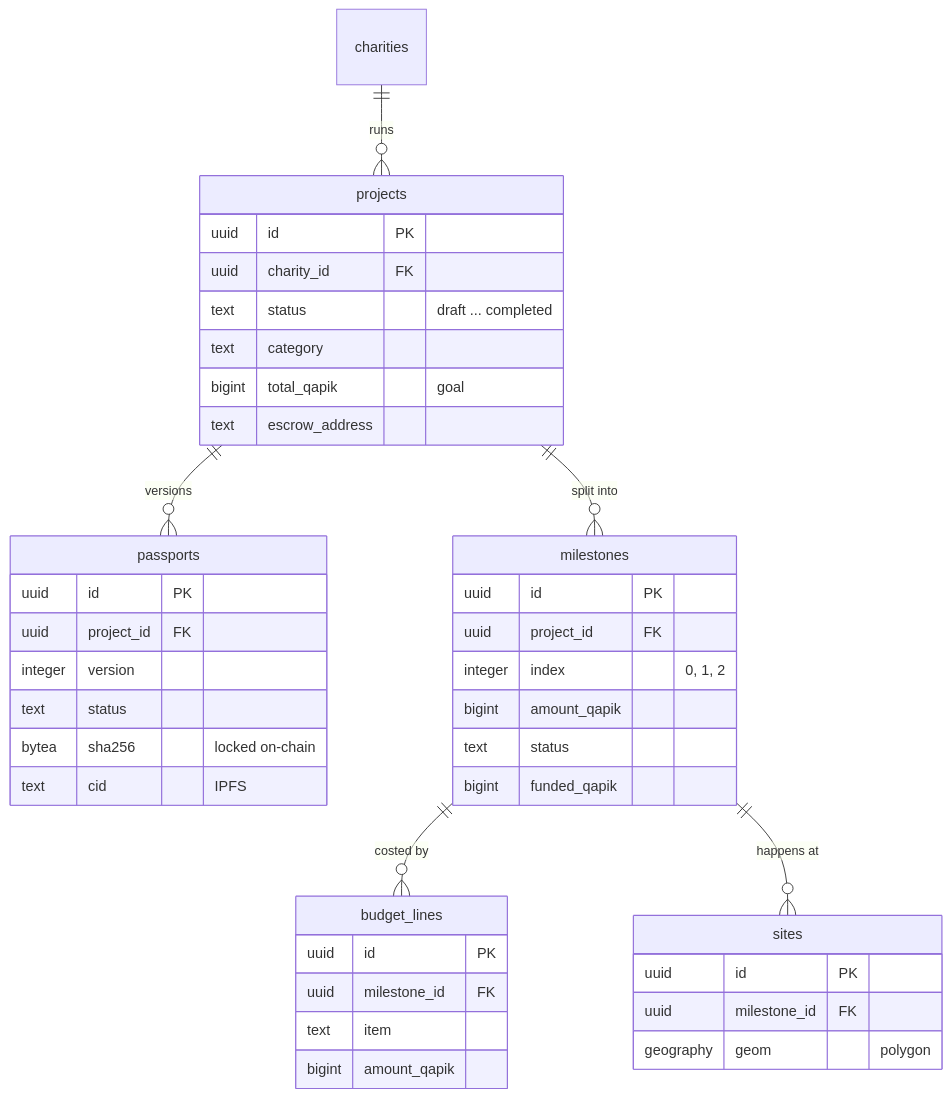
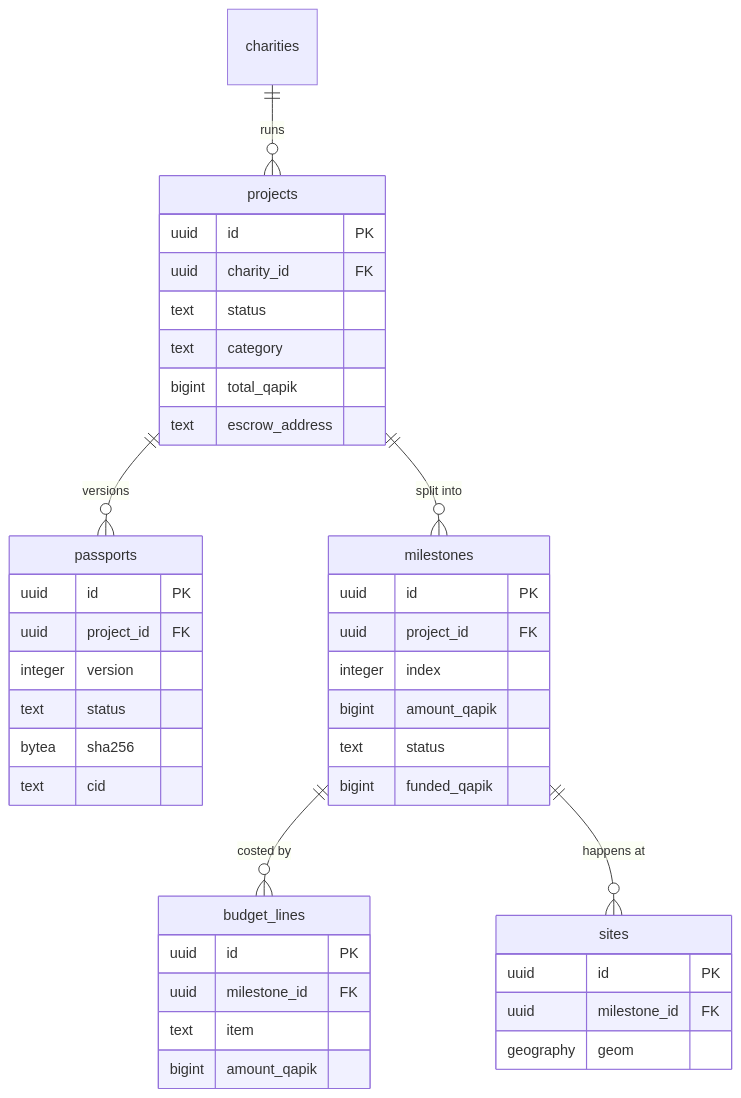
The diagram in docs/diagrams/erd-projects.md (eminroot/veritas), drawn with Mermaid before and after one commit. The commit also changed 60 other files, not shown here.

First line of the commit message:
Laptop screenshots in the readme, and diagrams readable at full size

````diff
--- a/docs/diagrams/erd-projects.md
+++ b/docs/diagrams/erd-projects.md
@@ -5,43 +5,43 @@
 ```mermaid
 erDiagram
     projects {
         uuid id PK
         uuid charity_id FK
-        text status "draft ... completed"
+        text status
         text category
-        bigint total_qapik "goal"
+        bigint total_qapik
         text escrow_address
     }
     passports {
         uuid id PK
         uuid project_id FK
         integer version
         text status
-        bytea sha256 "locked on-chain"
-        text cid "IPFS"
+        bytea sha256
+        text cid
     }
     milestones {
         uuid id PK
         uuid project_id FK
-        integer index "0, 1, 2"
+        integer index
         bigint amount_qapik
         text status
         bigint funded_qapik
     }
     budget_lines {
         uuid id PK
         uuid milestone_id FK
         text item
         bigint amount_qapik
     }
     sites {
         uuid id PK
         uuid milestone_id FK
-        geography geom "polygon"
+        geography geom
     }
     charities ||--o{ projects : "runs"
     projects ||--o{ passports : "versions"
     projects ||--o{ milestones : "split into"
     milestones ||--o{ budget_lines : "costed by"
     milestones ||--o{ sites : "happens at"
 ```
````
